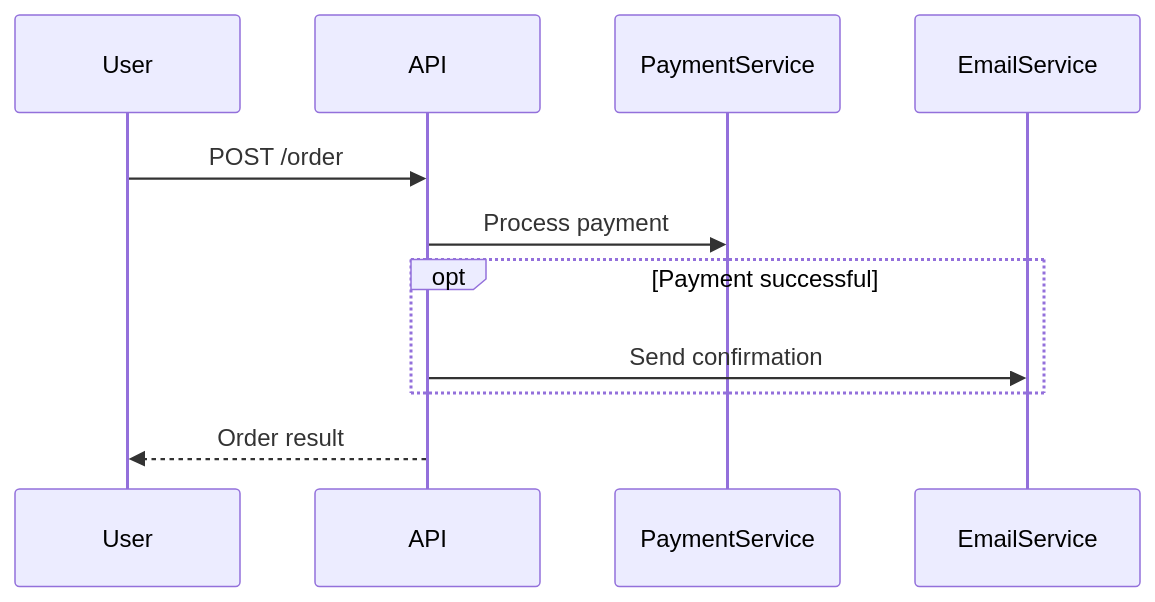
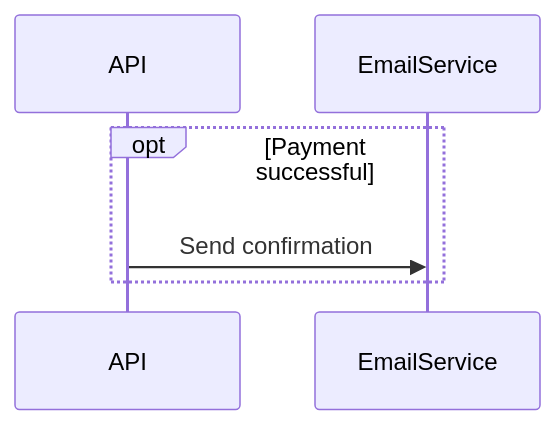
The fourth of 10 diagrams in plugins/general/skills/mermaid-diagrams/references/sequence-diagrams.md (el-feo/ai-context), drawn with Mermaid before and after one commit. The commit also changed other lines of this file and 8 other files, not shown here.

First line of the commit message:
refactor(general): reduce mermaid-diagrams SKILL.md and trim oversized references (#207)

````diff
--- a/plugins/general/skills/mermaid-diagrams/references/sequence-diagrams.md
+++ b/plugins/general/skills/mermaid-diagrams/references/sequence-diagrams.md
@@ -93,11 +54,6 @@
 ```mermaid
 sequenceDiagram
-    User->>API: POST /order
-    API->>PaymentService: Process payment
-    
     opt Payment successful
         API->>EmailService: Send confirmation
     end
-    
-    API-->>User: Order result
 ```
````
